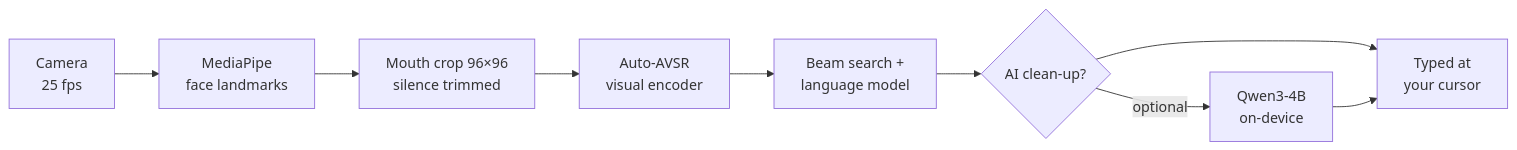
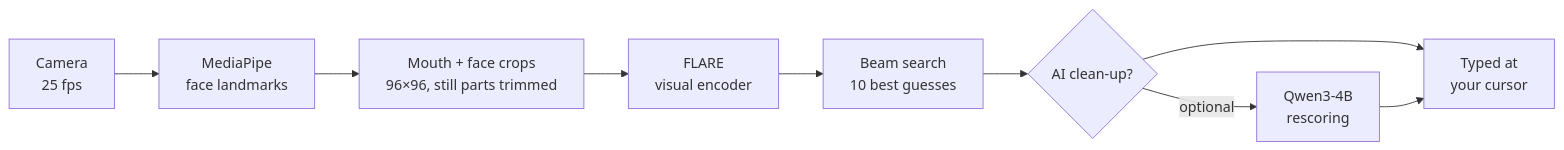
One commit to KeWang0622/silent-dictation changed the diagram in README.md. Above: the diagram before and after it, drawn with Mermaid. The commit also changed other lines of this file and 38 other files, not shown here.

First line of the commit message:
Silent Dictation 0.3: FLARE lip reader, language-model rescoring and a benchmark

````diff
--- a/README.md
+++ b/README.md
@@ -68,11 +69,11 @@
 ```mermaid
 flowchart LR
   A[Camera<br/>25 fps] --> B[MediaPipe<br/>face landmarks]
-  B --> C[Mouth crop 96×96<br/>silence trimmed]
-  C --> D[Auto-AVSR<br/>visual encoder]
-  D --> E[Beam search +<br/>language model]
+  B --> C[Mouth + face crops<br/>96×96, still parts trimmed]
+  C --> D[FLARE<br/>visual encoder]
+  D --> E[Beam search<br/>10 best guesses]
   E --> F{AI clean-up?}
-  F -- optional --> G[Qwen3-4B<br/>on-device]
+  F -- optional --> G[Qwen3-4B<br/>rescoring]
   F --> H[Typed at<br/>your cursor]
   G --> H
 ```
````
